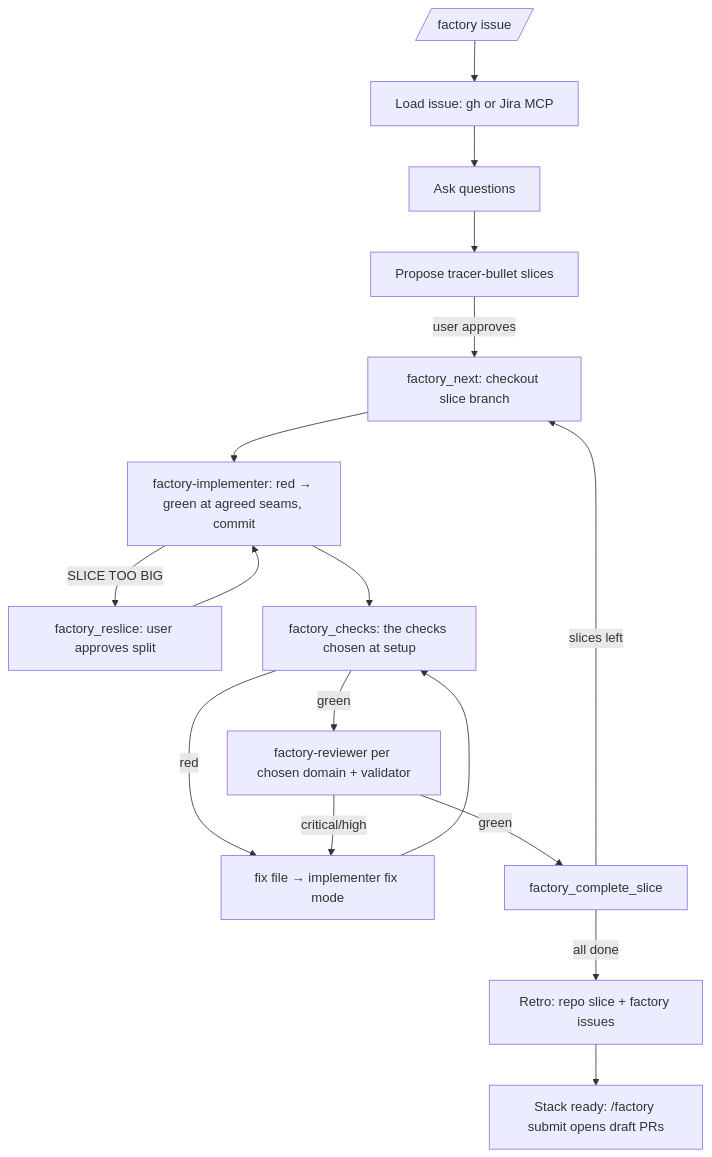
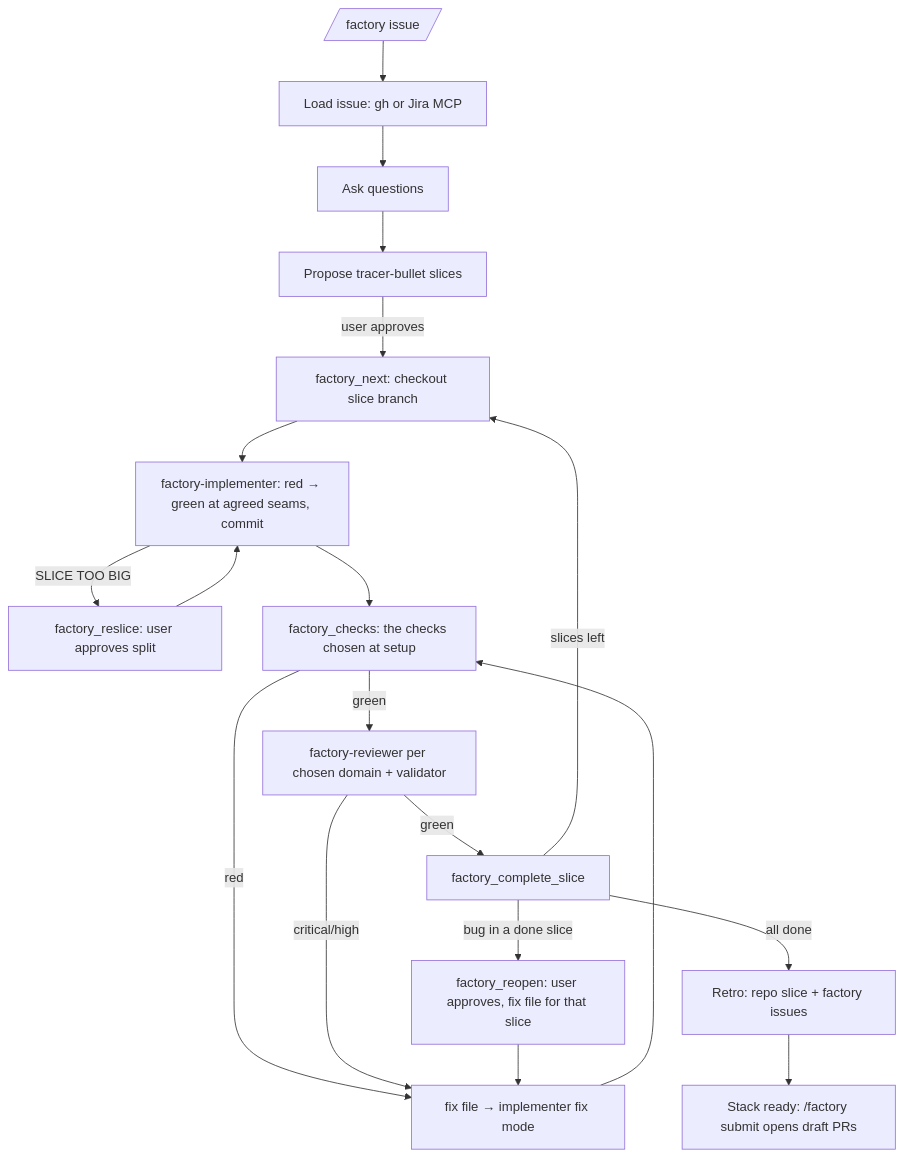
Before and after one commit to adrianbrowning/software-factory: the diagram in README.md, drawn with Mermaid. The commit also changed other lines of this file and 5 other files, not shown here.

First line of the commit message:
Reopen a done slice and restack the later slices on the fix (#30)

````diff
--- a/README.md
+++ b/README.md
@@ -8,19 +8,21 @@
 ```mermaid
 flowchart TD
   A[/factory issue/] --> B[Load issue: gh or Jira MCP]
   B --> C[Ask questions]
   C --> D[Propose tracer-bullet slices]
   D -->|user approves| E[factory_next: checkout slice branch]
   E --> F[factory-implementer: red → green at agreed seams, commit]
   F -->|SLICE TOO BIG| R[factory_reslice: user approves split]
   R --> F
   F --> G[factory_checks: the checks chosen at setup]
   G -->|red| H[fix file → implementer fix mode]
   H --> G
   G -->|green| I[factory-reviewer per chosen domain + validator]
   I -->|critical/high| H
   I -->|green| J[factory_complete_slice]
   J -->|slices left| E
   J -->|all done| K[Retro: repo slice + factory issues]
+  J -->|bug in a done slice| O[factory_reopen: user approves, fix file for that slice]
+  O --> H
   K --> L[Stack ready: /factory submit opens draft PRs]
 ```
````
